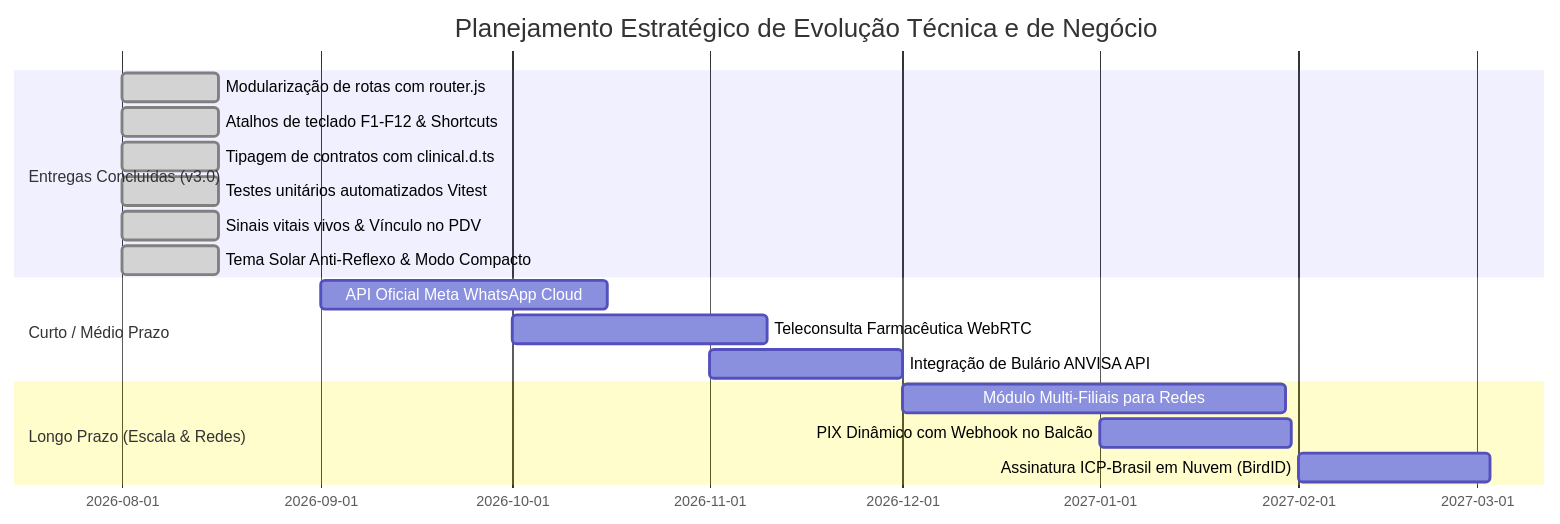
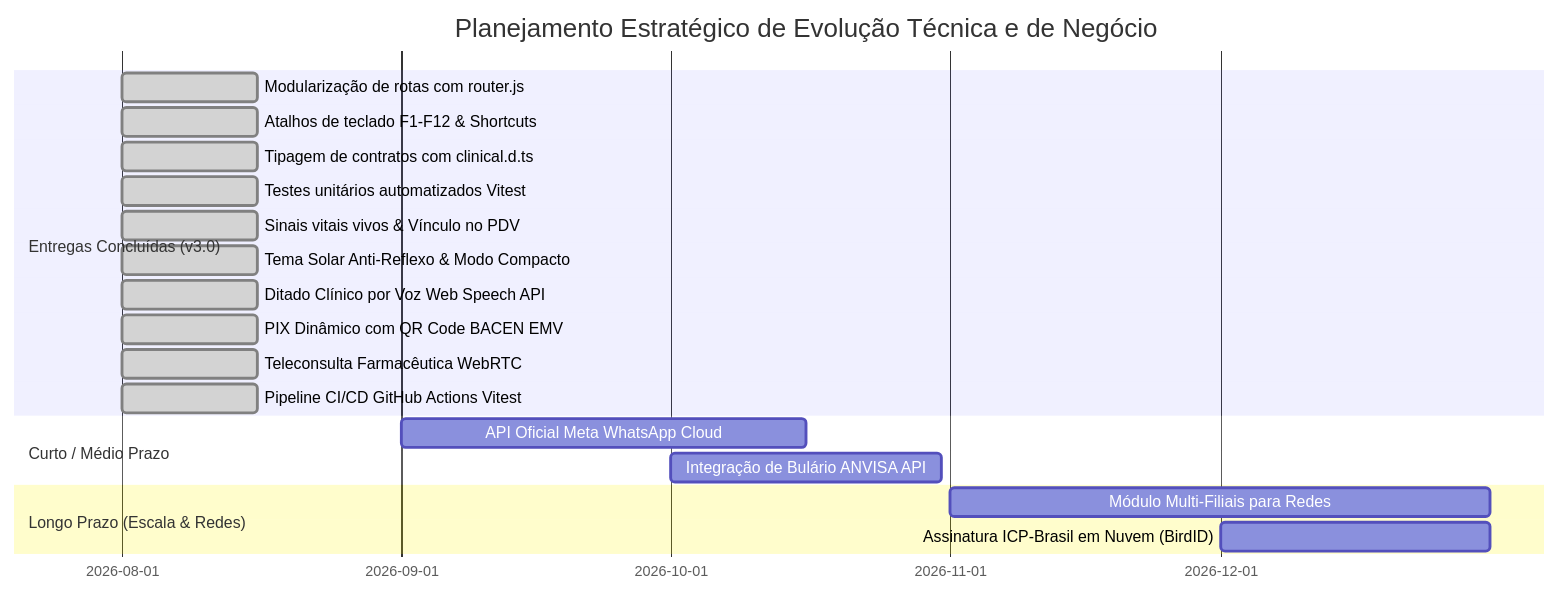
The fourth of 4 diagrams in DOCUMENTO_TECNICO_PROPOSTA_NEGOCIO.md (Mazzarowysk/crm-clinico-farmaceutic), drawn with Mermaid before and after one commit. The commit also changed other lines of this file and 11 other files, not shown here.

Commit message:
feat: implementa ditado clinico por voz, teleconsulta webrtc, pix dinamico BACEN, pipeline CI/CD e expansao vitest

````diff
--- a/DOCUMENTO_TECNICO_PROPOSTA_NEGOCIO.md
+++ b/DOCUMENTO_TECNICO_PROPOSTA_NEGOCIO.md
@@ -403,20 +403,22 @@
 ```mermaid
 gantt
     title Planejamento Estratégico de Evolução Técnica e de Negócio
     dateFormat  YYYY-MM
     section Entregas Concluídas (v3.0)
     Modularização de rotas com router.js  :done, 2026-08, 15d
     Atalhos de teclado F1-F12 & Shortcuts :done, 2026-08, 15d
     Tipagem de contratos com clinical.d.ts :done, 2026-08, 15d
     Testes unitários automatizados Vitest :done, 2026-08, 15d
     Sinais vitais vivos & Vínculo no PDV  :done, 2026-08, 15d
     Tema Solar Anti-Reflexo & Modo Compacto:done, 2026-08, 15d
+    Ditado Clínico por Voz Web Speech API :done, 2026-08, 15d
+    PIX Dinâmico com QR Code BACEN EMV    :done, 2026-08, 15d
+    Teleconsulta Farmacêutica WebRTC      :done, 2026-08, 15d
+    Pipeline CI/CD GitHub Actions Vitest  :done, 2026-08, 15d
     section Curto / Médio Prazo
     API Oficial Meta WhatsApp Cloud       :2026-09, 45d
-    Teleconsulta Farmacêutica WebRTC      :2026-10, 40d
-    Integração de Bulário ANVISA API      :2026-11, 30d
+    Integração de Bulário ANVISA API      :2026-10, 30d
     section Longo Prazo (Escala & Redes)
-    Módulo Multi-Filiais para Redes       :2026-12, 60d
-    PIX Dinâmico com Webhook no Balcão    :2027-01, 30d
-    Assinatura ICP-Brasil em Nuvem (BirdID):2027-02, 30d
+    Módulo Multi-Filiais para Redes       :2026-11, 60d
+    Assinatura ICP-Brasil em Nuvem (BirdID):2026-12, 30d
 ```
````
